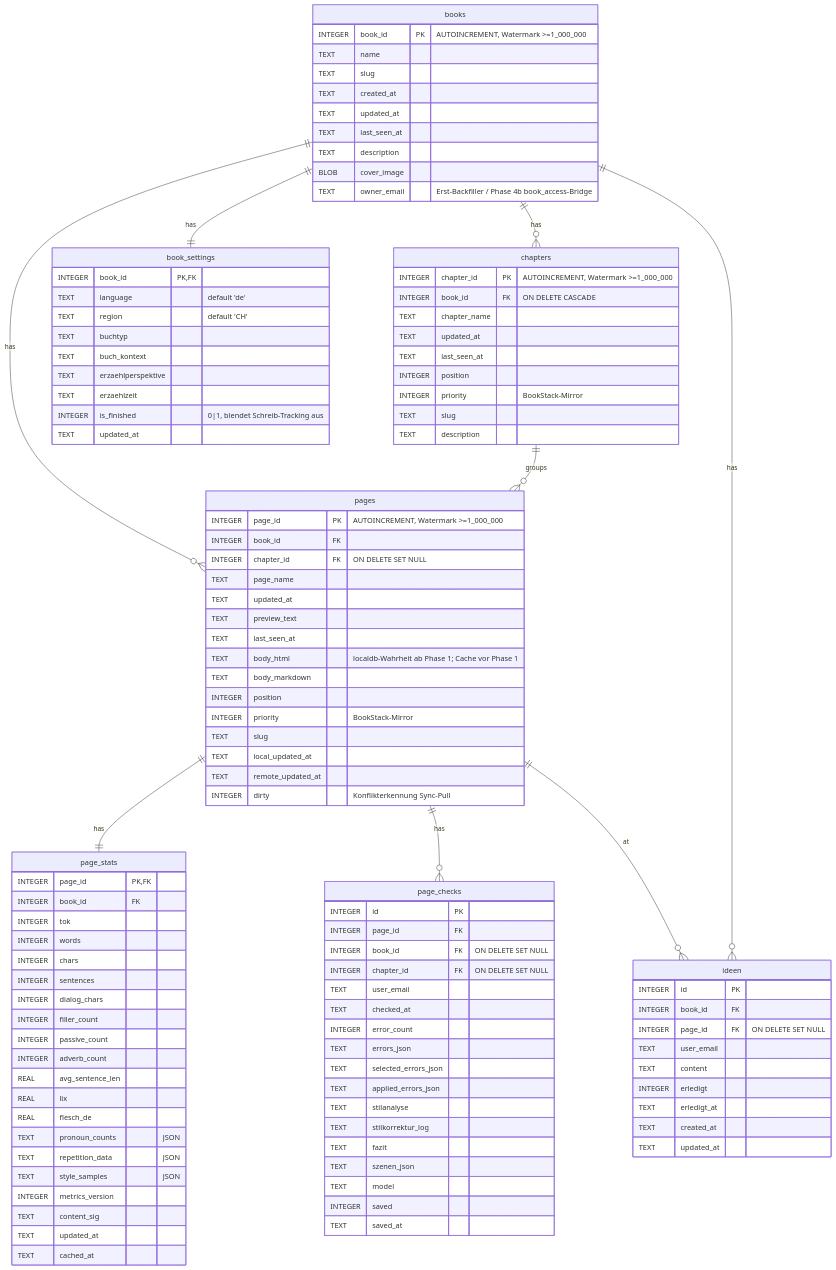
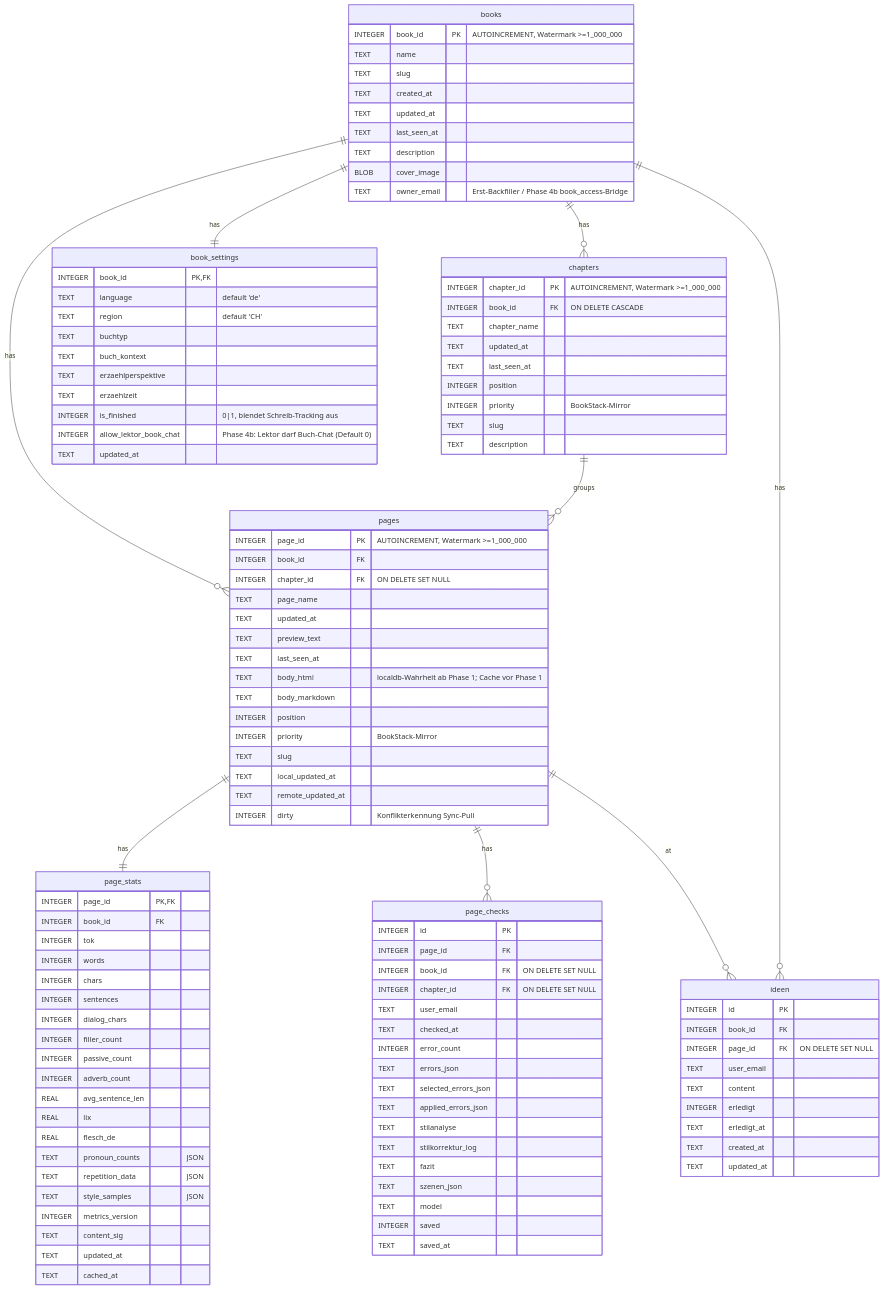
The second of 6 diagrams in docs/erd.md (bedeberger/schreibwerkstatt), drawn with Mermaid before and after one commit. The commit also changed other lines of this file and 61 other files, not shown here.

```diff
--- a/docs/erd.md
+++ b/docs/erd.md
@@ -202,14 +209,15 @@
     TEXT    updated_at
   }
   book_settings {
-    INTEGER book_id            PK,FK
-    TEXT    language           "default 'de'"
-    TEXT    region             "default 'CH'"
+    INTEGER book_id                  PK,FK
+    TEXT    language                 "default 'de'"
+    TEXT    region                   "default 'CH'"
     TEXT    buchtyp
     TEXT    buch_kontext
     TEXT    erzaehlperspektive
     TEXT    erzaehlzeit
-    INTEGER is_finished        "0|1, blendet Schreib-Tracking aus"
+    INTEGER is_finished              "0|1, blendet Schreib-Tracking aus"
+    INTEGER allow_lektor_book_chat   "Phase 4b: Lektor darf Buch-Chat (Default 0)"
     TEXT    updated_at
   }
 
```
